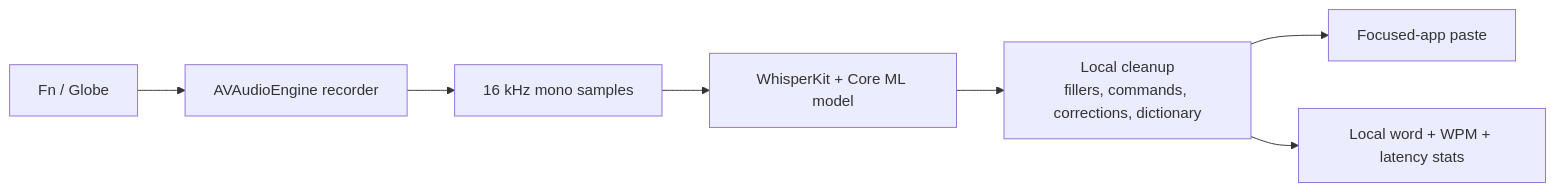
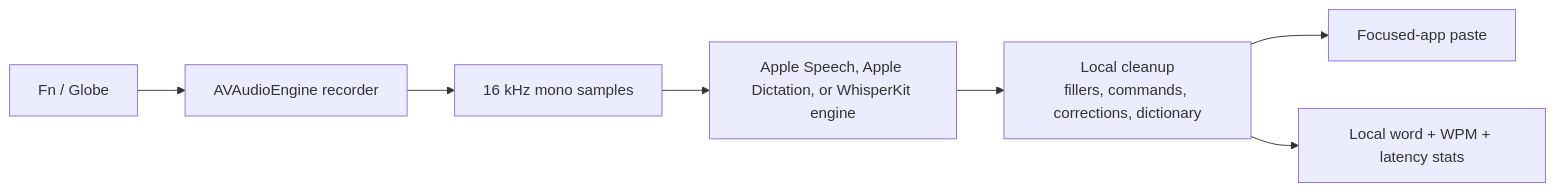
The diagram in README.md (EzraApple/shoutout), drawn with Mermaid before and after one commit. The commit also changed other lines of this file and 19 other files, not shown here.

````diff
--- a/README.md
+++ b/README.md
@@ -15,9 +15,9 @@
 ```mermaid
 flowchart LR
     Fn["Fn / Globe"] --> Recorder["AVAudioEngine recorder"]
     Recorder --> Samples["16 kHz mono samples"]
-    Samples --> Whisper["WhisperKit + Core ML model"]
-    Whisper --> Cleanup["Local cleanup\nfillers, commands, corrections, dictionary"]
+    Samples --> Engine["Apple Speech, Apple Dictation, or WhisperKit engine"]
+    Engine --> Cleanup["Local cleanup\nfillers, commands, corrections, dictionary"]
     Cleanup --> Paste["Focused-app paste"]
     Cleanup --> Stats["Local word + WPM + latency stats"]
 ```
````
